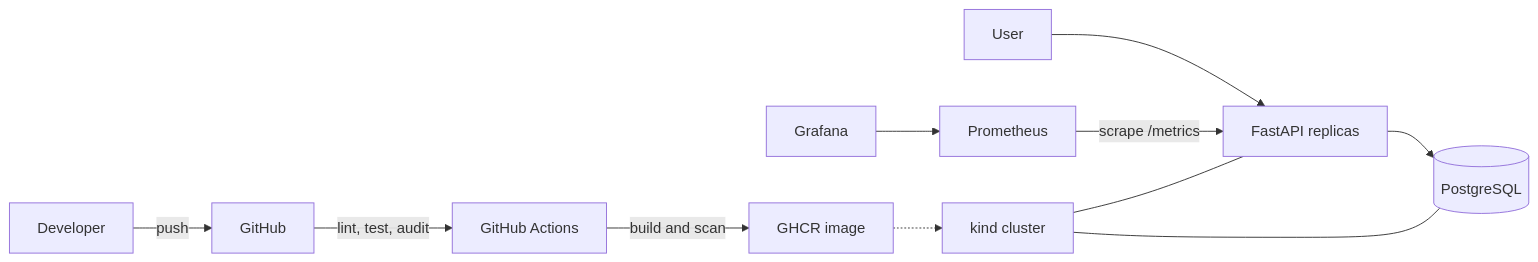
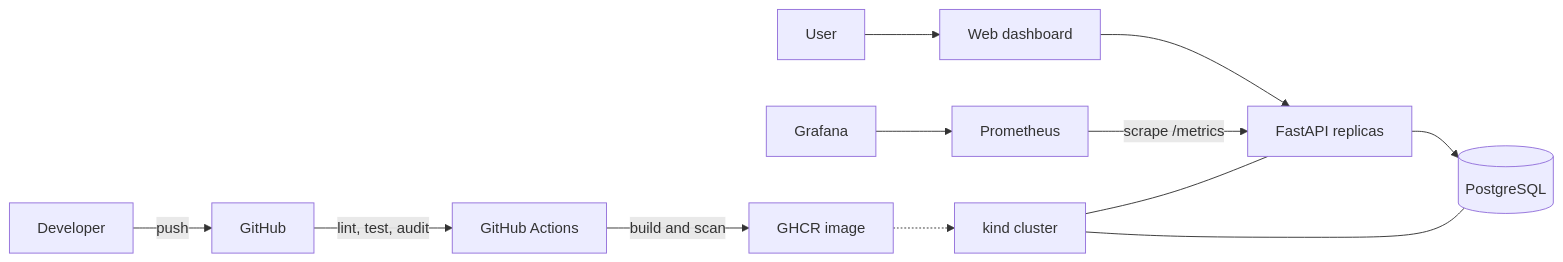
One commit to Mehdi-Lahouir/Automated-Deployment-Platform changed the diagram in README.md. Above: the diagram before and after it, drawn with Mermaid. The commit also changed other lines of this file and 28 other files, not shown here.

````diff
--- a/README.md
+++ b/README.md
@@ -9,13 +10,14 @@
 ```mermaid
 flowchart LR
     Developer -->|push| GitHub
     GitHub -->|lint, test, audit| CI[GitHub Actions]
     CI -->|build and scan| Image[GHCR image]
-    User --> API[FastAPI replicas]
+    User --> UI[Web dashboard]
+    UI --> API[FastAPI replicas]
     API --> DB[(PostgreSQL)]
     Prometheus -->|scrape /metrics| API
     Grafana --> Prometheus
     Image -.-> Kubernetes[kind cluster]
     Kubernetes --- API
     Kubernetes --- DB
 ```
````
